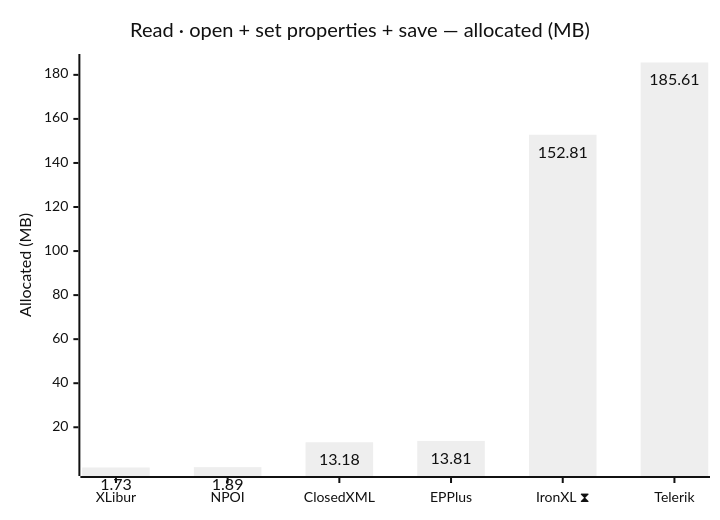
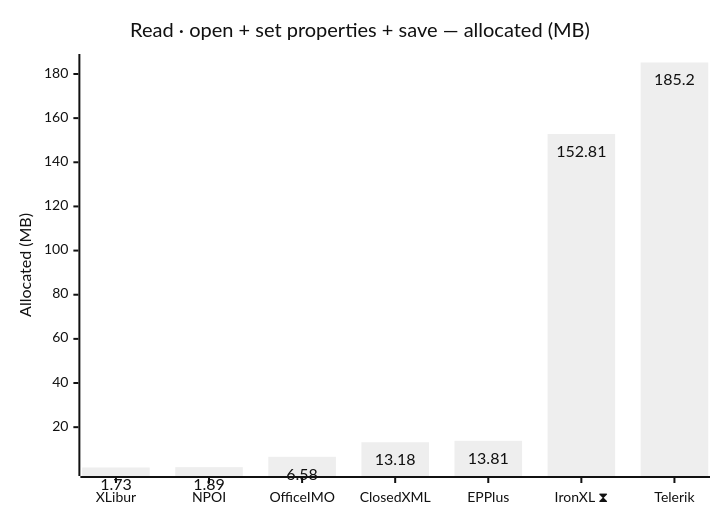
One commit to jafin/XLBench changed the second of 12 diagrams in docs/results.md. Above: the diagram before and after it, drawn with Mermaid (neutral theme). The commit also changed other lines of this file and 17 other files, not shown here.

First line of the commit message:
Add OfficeIMO.Excel to the benchmark suite and publish full-fidelity results (#33)

````diff
--- a/docs/results.md
+++ b/docs/results.md
@@ -53,12 +54,12 @@
 ```mermaid
 ---
 config:
   xyChart:
     showDataLabel: true
 ---
 xychart-beta
     title "Read · open + set properties + save — allocated (MB)"
-    x-axis ["XLibur", "NPOI", "ClosedXML", "EPPlus", "IronXL ⧗", "Telerik"]
+    x-axis ["XLibur", "NPOI", "OfficeIMO", "ClosedXML", "EPPlus", "IronXL ⧗", "Telerik"]
     y-axis "Allocated (MB)"
-    bar [1.73, 1.89, 13.18, 13.81, 152.81, 185.61]
+    bar [1.73, 1.89, 6.58, 13.18, 13.81, 152.81, 185.2]
 ```
````
